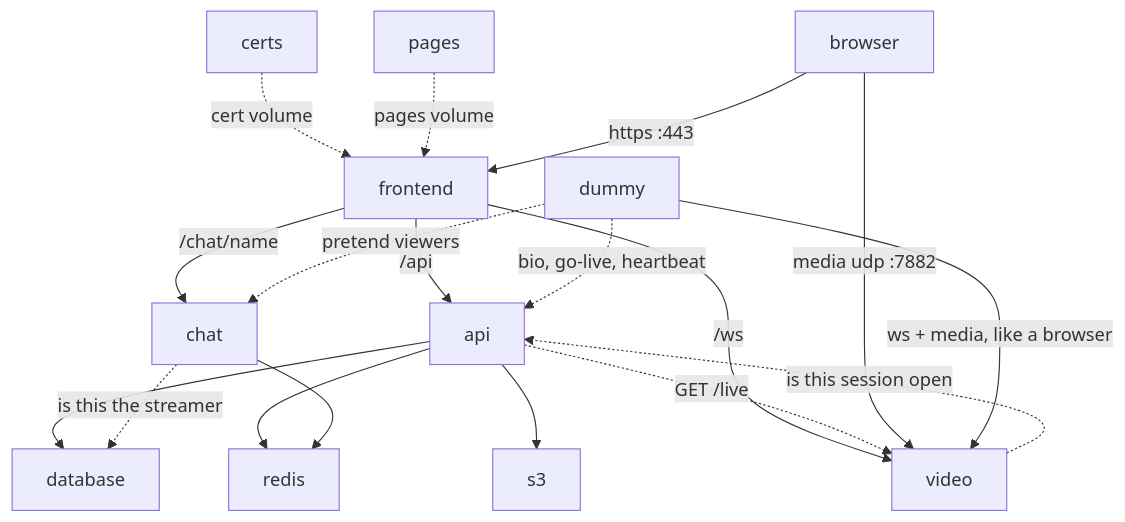
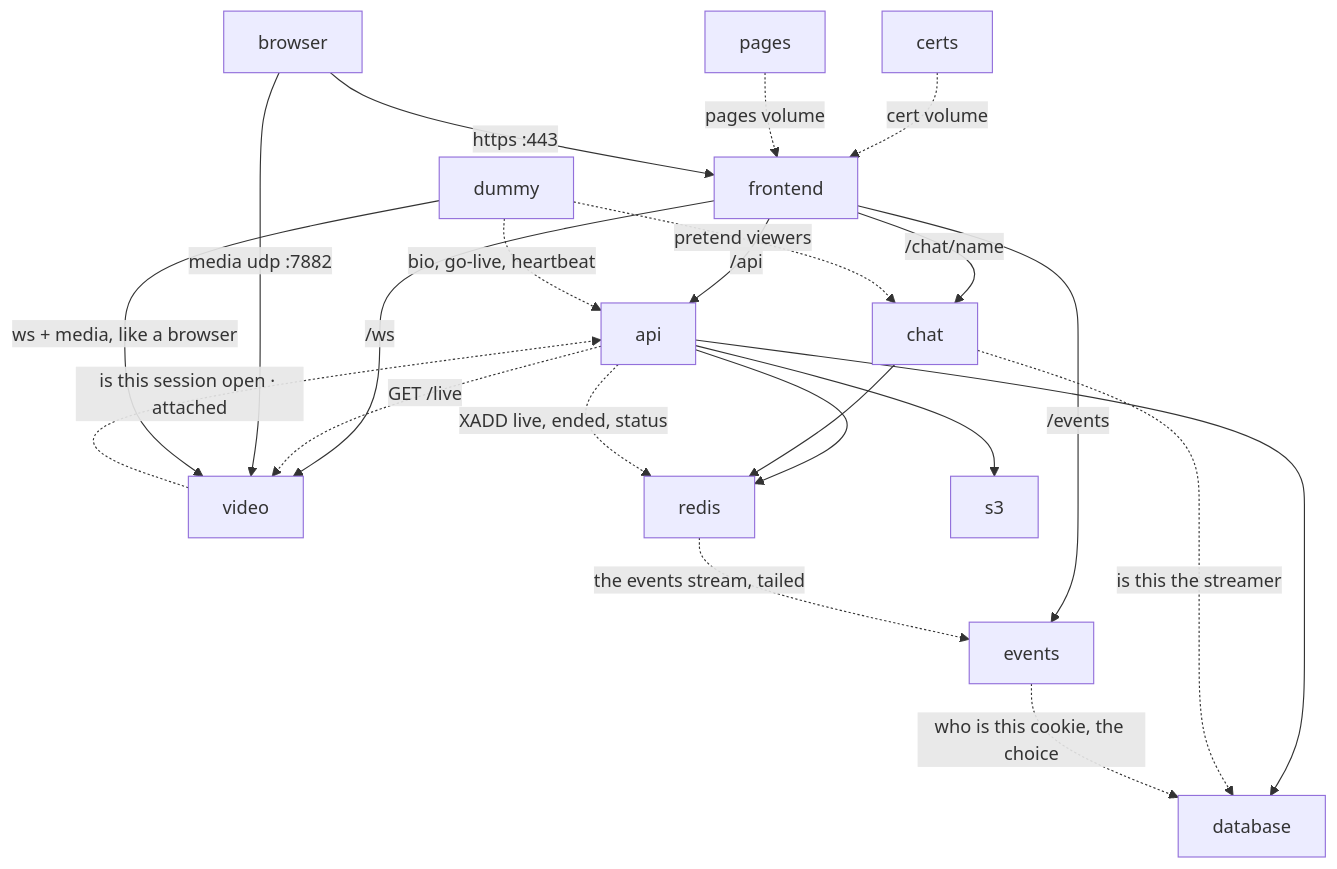
One commit to ZeroNerodaHero/slop-stream-architecture changed the second of 2 diagrams in docs/spec.md. Above: the diagram before and after it, drawn with Mermaid. The commit also changed other lines of this file and 13 other files, not shown here.

````diff
--- a/docs/spec.md
+++ b/docs/spec.md
@@ -77,20 +77,24 @@
 ```mermaid
 flowchart TB
   certs -.->|cert volume| frontend
   pages -.->|pages volume| frontend
   browser[browser] -->|https :443| frontend
   frontend -->|/api| api
   frontend -->|/ws| video
   api --> database
   api --> redis
   api --> s3
   api -.->|GET /live| video
-  video -.->|is this session open| api
+  video -.->|is this session open · attached| api
   browser -->|media udp :7882| video
   dummy -->|ws + media, like a browser| video
   dummy -.->|bio, go-live, heartbeat| api
   frontend -->|/chat/name| chat
   chat --> redis
   chat -.->|is this the streamer| database
   dummy -.->|pretend viewers| chat
+  frontend -->|/events| events
+  api -.->|XADD live, ended, status| redis
+  redis -.->|the events stream, tailed| events
+  events -.->|who is this cookie, the choice| database
 ```
````
